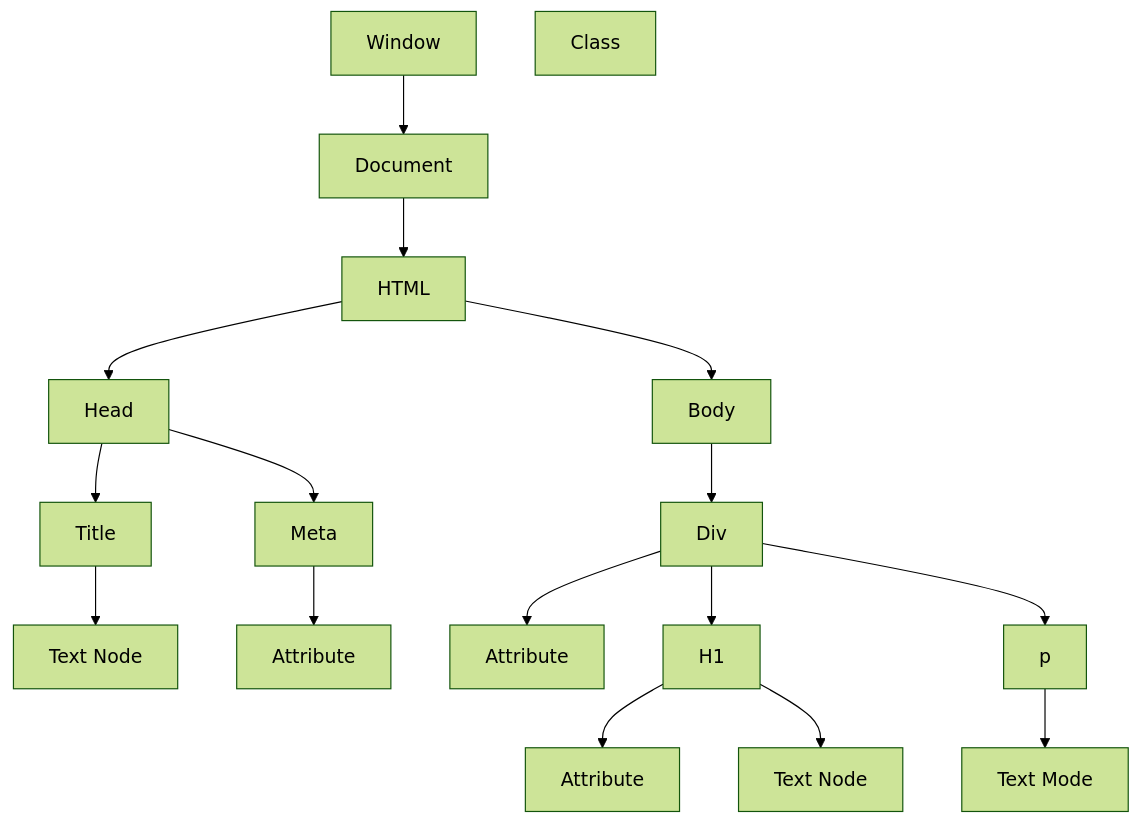
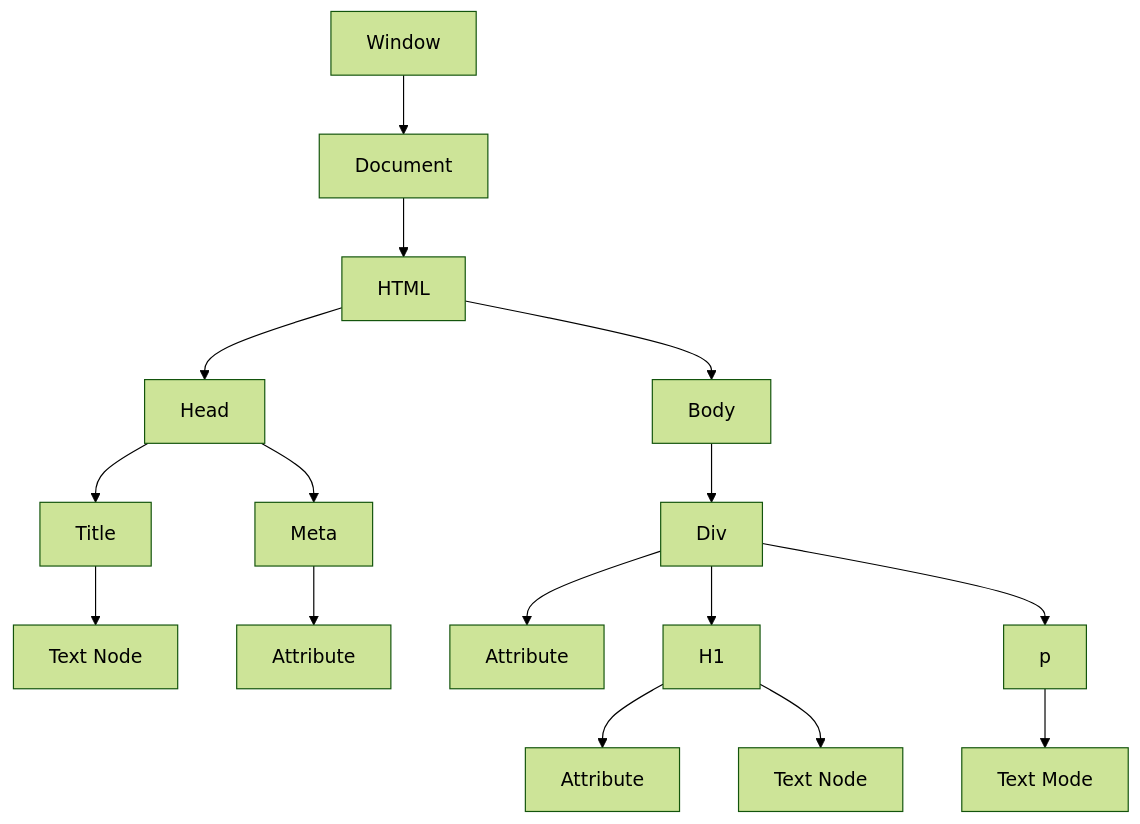
Before and after one commit to Kalpa-Ranjan/JavascriptProject1: the sixth of 7 diagrams in README.md, drawn with Mermaid (forest theme).

Commit message:
Updated README.md with DOM v0.05

````diff
--- a/README.md
+++ b/README.md
@@ -426,39 +426,39 @@
 ```mermaid
 graph TD;
     A[Window]
     B[Document]
     C[HTML]
     D[Head]
     E[Body]
     F[Title]
     G[Meta]
     H[Text Node]
     I[Attribute]
     J[Div]
-    K[Class]
+    
     L[Attribute]
     M[H1]
     N[p]
     O[Attribute]
     P[Text Node]
     Q[Text Mode]
 
 
     A --> B
     B --> C
     C --> D
     C --> E
     D --> F
     D --> G
     F --> H
     G --> I
     E --> J
     J --> M
     J --> N
     J --> L
     M --> O
     M --> P
     N --> Q
 
 
 ```
````
